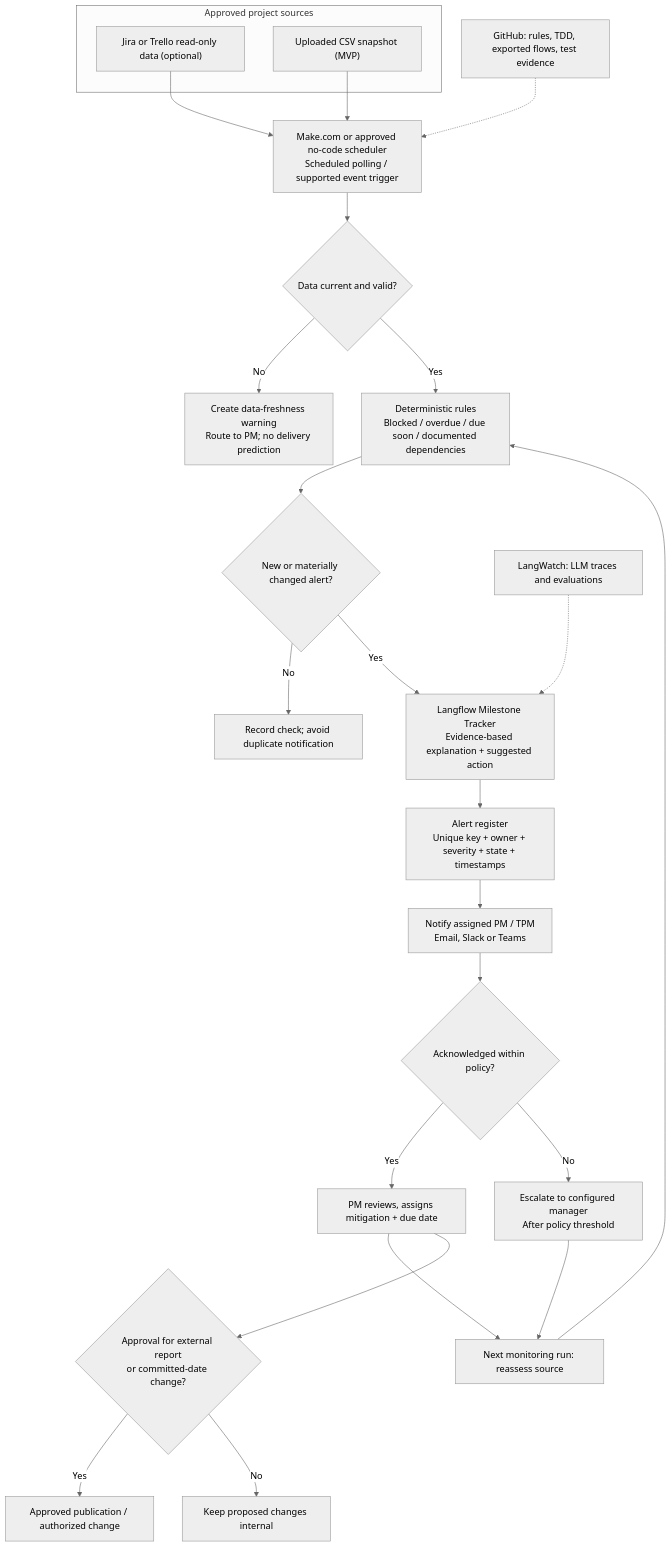
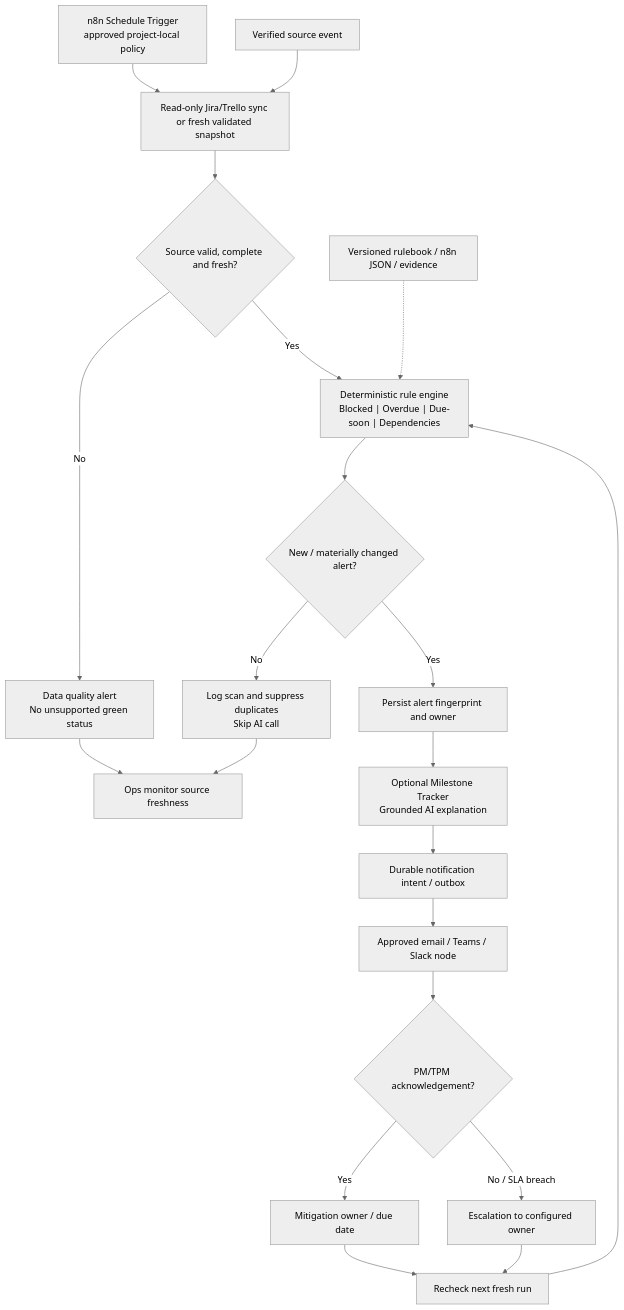
The fifth of 7 diagrams in docs/Mira_Architecture.md (srinivasallenki99-hue/mira-ai-project-intelligence), drawn with Mermaid (neutral theme) before and after one commit. The commit also changed other lines of this file, not shown here.

````diff
--- a/docs/Mira_Architecture.md
+++ b/docs/Mira_Architecture.md
@@ -232,37 +198,23 @@
 ```mermaid
 flowchart TB
-  subgraph SRC["Approved project sources"]
-    J["Jira or Trello read-only data (optional)"]
-    F["Uploaded CSV snapshot (MVP)"]
-  end
-  S["Make.com or approved no-code scheduler
-Scheduled polling / supported event trigger"]
-  J --> S
-  F --> S
-  S --> FRESH{"Data current and valid?"}
-  FRESH -- "No" --> DQ["Create data-freshness warning
-Route to PM; no delivery prediction"]
-  FRESH -- "Yes" --> RULES["Deterministic rules
-Blocked / overdue / due soon / documented dependencies"]
-  RULES --> CHG{"New or materially changed alert?"}
-  CHG -- "No" --> LOG["Record check; avoid duplicate notification"]
-  CHG -- "Yes" --> AGENT["Langflow Milestone Tracker
-Evidence-based explanation + suggested action"]
-  AGENT --> REGISTER["Alert register
-Unique key + owner + severity + state + timestamps"]
-  REGISTER --> NOTICE["Notify assigned PM / TPM
-Email, Slack or Teams"]
-  NOTICE --> ACK{"Acknowledged within policy?"}
-  ACK -- "Yes" --> ACTION["PM reviews, assigns mitigation + due date"]
-  ACK -- "No" --> ESC["Escalate to configured manager
-After policy threshold"]
-  ACTION --> FOLLOW["Next monitoring run: reassess source"]
-  ESC --> FOLLOW
-  FOLLOW --> RULES
-  ACTION --> APPROVE{"Approval for external report
-or committed-date change?"}
-  APPROVE -- "Yes" --> PUBLISH["Approved publication / authorized change"]
-  APPROVE -- "No" --> HOLD["Keep proposed changes internal"]
-  OBS["LangWatch: LLM traces and evaluations"] -.-> AGENT
-  GOV["GitHub: rules, TDD, exported flows, test evidence"] -.-> S
+  SCHEDULE["n8n Schedule Trigger<br/>approved project-local policy"] --> IMPORT["Read-only Jira/Trello sync or fresh validated snapshot"]
+  EVENT["Verified source event"] --> IMPORT
+  IMPORT --> FRESH{"Source valid, complete and fresh?"}
+  FRESH -->|No| DQ["Data quality alert<br/>No unsupported green status"]
+  FRESH -->|Yes| RULE["Deterministic rule engine<br/>Blocked | Overdue | Due-soon | Dependencies"]
+  RULE --> CHANGE{"New / materially changed alert?"}
+  CHANGE -->|No| LOG["Log scan and suppress duplicates<br/>Skip AI call"]
+  CHANGE -->|Yes| WRITE["Persist alert fingerprint and owner"]
+  WRITE --> NARR["Optional Milestone Tracker<br/>Grounded AI explanation"]
+  NARR --> OUTBOX["Durable notification intent / outbox"]
+  OUTBOX --> SEND["Approved email / Teams / Slack node"]
+  SEND --> ACK{"PM/TPM acknowledgement?"}
+  ACK -->|Yes| ACTION["Mitigation owner / due date"]
+  ACK -->|No / SLA breach| ESC["Escalation to configured owner"]
+  ACTION --> NEXT["Recheck next fresh run"]
+  ESC --> NEXT
+  NEXT --> RULE
+  DQ --> OPS["Ops monitor source freshness"]
+  LOG --> OPS
+  GITHUB["Versioned rulebook / n8n JSON / evidence"] -.-> RULE
 ```
````
